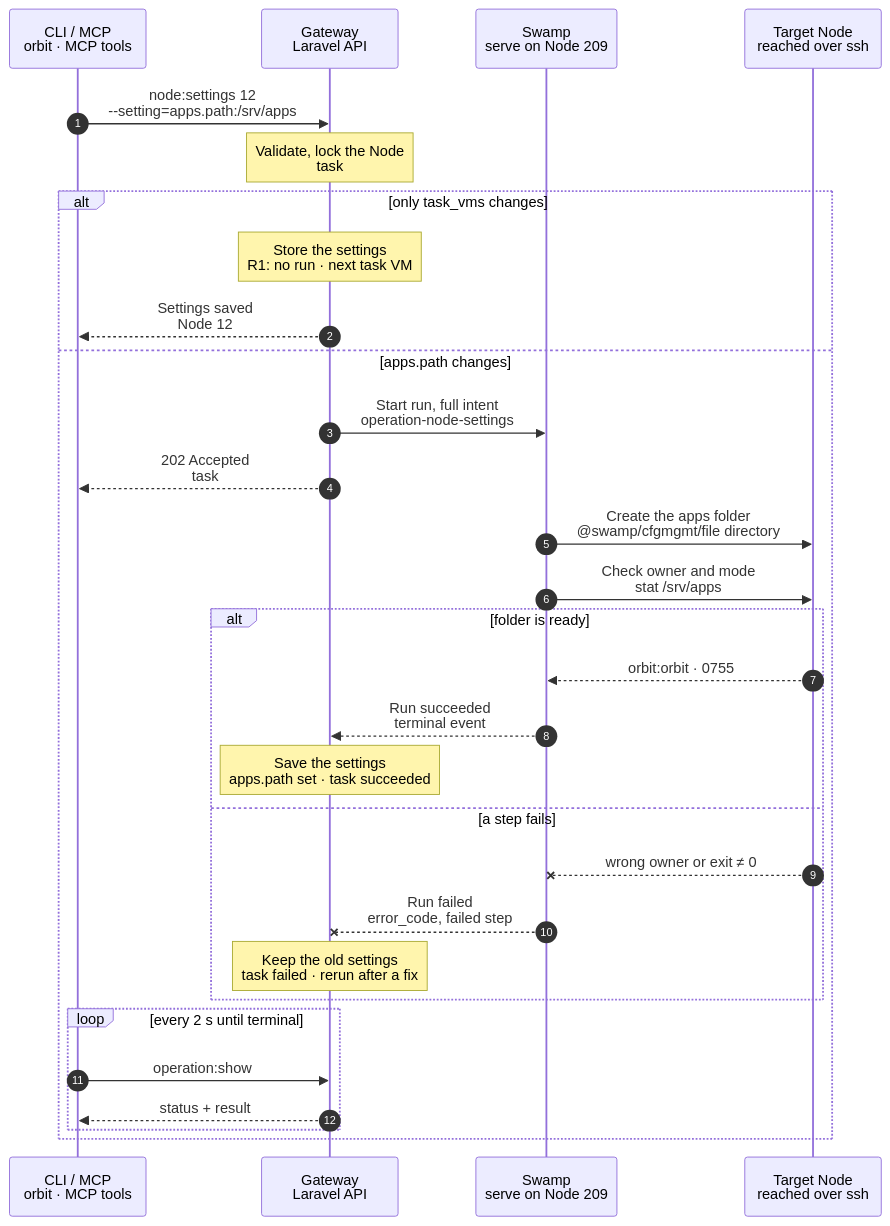
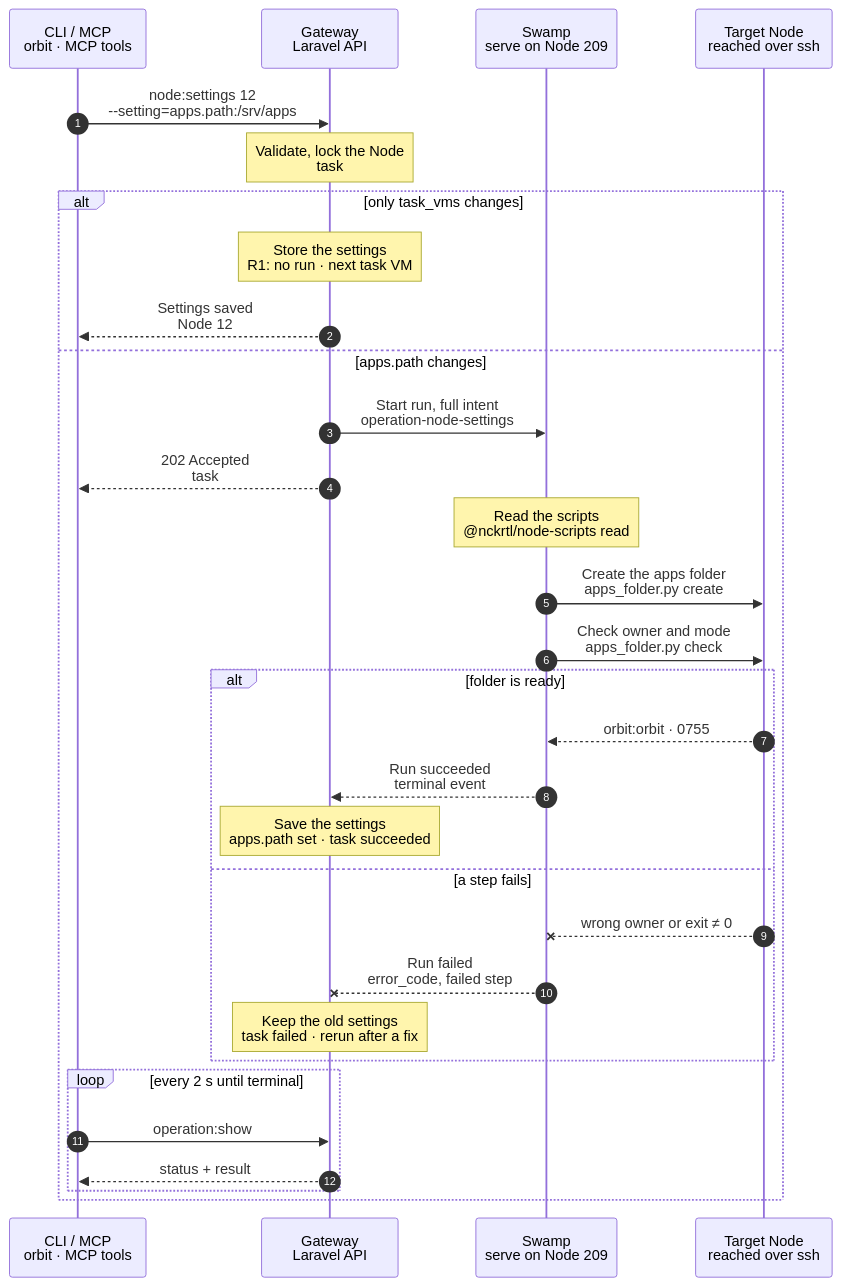
Before and after one commit to hardimpactdev/orbit: the diagram in docs/flows/node.settings.mmd, drawn with Mermaid. The commit also changed 22 other files, not shown here.

First line of the commit message:
feat(nodes): node.settings creates the apps folder with a shipped script over official SSH

```diff
--- a/docs/flows/node.settings.mmd
+++ b/docs/flows/node.settings.mmd
@@ -1,122 +1,130 @@
 sequenceDiagram
   %% Target design: ADR 0244 task, DECISIONS R1 (task_vms is record-only), R2, R4 (apps.path is Node work). docs/reference/node-settings.md.
   %% status: draft
   %% command: node:settings
   autonumber
   %% lane CLI icon=terminal pill=caller tone=gray
   %% lane GW icon=gateway pill=intent tone=blue
   %% lane SW icon=workflow pill=executes tone=green
   %% lane N icon=server pill=target tone=amber
   participant CLI as CLI / MCP<br/>orbit · MCP tools
   participant GW as Gateway<br/>Laravel API
   participant SW as Swamp<br/>serve on Node 209
   participant N as Target Node<br/>reached over ssh
   CLI->>GW: node:settings 12<br/>--setting=apps.path:/srv/apps
   %%> Command:
   %%> - `orbit node:settings 12 --setting=apps.path:/srv/apps`
   %%> - syntax: `<node> --setting=KEY:VALUE [--setting=…] [--idempotency-key=KEY] [--json]`
   %%> Input:
   %%> - the Node, by id or exact name
   %%> - one or more settings: `apps.path`, or `task_vms` as a JSON object
   %%> - an empty value unsets it: `--setting=apps.path:` sends a null path, `--setting=task_vms:null` removes the task VM host settings
   %%> Who can call it:
   %%> - the `orbit` CLI and the MCP tool send the same request
   Note over GW: Validate, lock the Node<br/>task #5131 · Node 12
   %%> Requirements:
   %%> - your Node has an access grant to Node 12
   %%> - Node 12 is an active, managed Linux Node
   %%> - no other settings change runs for Node 12; the Gateway holds one lock per Node
   %%> Checks for `apps.path`:
   %%> - absolute and normalized: not `/`, no trailing or repeated `/`, no `.` or `..` part
-  %%> - not the managed user's home or an ancestor of it, and not inside a hidden folder of that home
+  %%> - the managed home checks run on Node 12 in the create step, where the home is known
   %%> - not overlapping `/boot`, `/dev`, `/etc`, `/proc`, `/run`, `/sys`, `/usr`, `/opt/orbit`, `/var/lib/orbit`, `/var/www`, or the Gateway checkout and release layout
   %%> - not equal to, or inside, an existing Instance checkout on Node 12
   %%> Checks for `task_vms`:
   %%> - typed fields only, such as `cidr`, `max_vms`, `pool`, `image_alias`
   %%> - the bridge `cidr` overlaps no other task VM host
   %%> Decides:
   %%> - whether the change touches Node 12, or only the record
   alt only task_vms changes
     Note over GW: Store the settings<br/>R1: no run · next task VM
     %%> When:
     %%> - the request changes only `task_vms`
     %%> - or it unsets `apps.path` on a Node without an active `app-dev` role, so no folder is needed
     %%> Why no run:
     %%> - nothing on Node 12 changes now; the values apply when the next task VM is created on Node 12
     %%> - task VMs that already run keep their settings
     %%> Result:
     %%> - Node 12's task VM host settings are saved
     %%> - task #5131 succeeds at once; no Swamp run starts (R1)
     GW-->>CLI: Settings saved<br/>Node 12
     %%> What you get:
     %%> - the Node with its new settings, at once; there is nothing to follow
   else apps.path changes
     GW->>SW: Start run, full intent<br/>operation-node-settings
     %%> When:
     %%> - the request changes `apps.path`, alone or together with `task_vms`
     %%> - unsetting it on a Node with an active `app-dev` role prepares the default folder, `<managed-user-home>/apps`
     %%> What it does:
     %%> - starts one Swamp run on serve (Node 209)
     %%> Inputs:
     %%> - the new apps folder, and the managed user and group that must own it
     %%> - Node 12's address and SSH host keys; the SSH identity comes from the `swamp` role
     %%> Not stored yet:
     %%> - the settings stay unchanged until the run succeeds (R2)
     GW-->>CLI: 202 Accepted<br/>task #5131
     %%> What you get:
     %%> - the task number, at once
     %%> Next:
     %%> - the CLI follows the task with `operation:show`
-    SW->>N: Create the apps folder<br/>@swamp/cfgmgmt/file directory
+    Note over SW: Read the scripts<br/>@nckrtl/node-scripts read
     %%> What it does:
+    %%> - reads the shipped `apps_folder.py` script and the public intent on 209
+    %%> Why:
+    %%> - one tracked, linted script does both Node steps; the next steps pass it to Node 12
+    SW->>N: Create the apps folder<br/>apps_folder.py create
+    %%> What it does:
+    %%> - with no apps path, uses the managed user's home plus `/apps`
+    %%> - refuses the managed home, an ancestor of it, a hidden folder inside it, or a symlink on the way; then nothing is written
     %%> - creates each missing folder of `/srv/apps`, owned by the managed user and group, mode `0755`
     %%> - leaves an existing folder as it is; it never changes the owner or mode of an existing folder
     %%> How:
-    %%> - Swamp reaches Node 12 over SSH from 209, with the official `@swamp/cfgmgmt/file` behavior
+    %%> - Swamp reaches Node 12 over SSH from 209 with the official `@swamp/ssh` behavior and sudo
+    %%> - a shipped script, not `@swamp/cfgmgmt/directory`: that behavior would change an existing folder's owner and mode
     %%> Not included:
     %%> - existing Instances don't move; their checkouts stay where they are
     %%> - new development Instances use `/srv/apps/<project>/<instance>`
-    SW->>N: Check owner and mode<br/>stat /srv/apps
+    SW->>N: Check owner and mode<br/>apps_folder.py check
     %%> What it does:
     %%> - reads the folder back: a real folder, not a symlink
     %%> - owned by the managed user and group, with read, write and execute for the owner
     %%> - no write access for group or others
     %%> Why:
     %%> - an existing folder with the wrong owner is refused, not repaired
     alt folder is ready
       N-->>SW: orbit:orbit · 0755
       %%> Returns:
       %%> - the check passed
       SW-->>GW: Run succeeded<br/>terminal event
       %%> How the Gateway learns it:
       %%> - its shared run reader sees the terminal event; Swamp never calls the Gateway
       Note over GW: Save the settings<br/>apps.path set · task succeeded
       %%> Result:
       %%> - Node 12's `apps.path` is `/srv/apps`; any `task_vms` change in the same request is saved with it
       %%> - task #5131 succeeds
     else a step fails
       N--xSW: wrong owner or exit ≠ 0
       %%> When:
       %%> - the folder can't be created, is a symlink, has another owner, or is writable by others
       SW--xGW: Run failed<br/>error_code, failed step
       %%> The Gateway reads:
       %%> - which step failed and its error code
       Note over GW: Keep the old settings<br/>task failed · rerun after a fix
       %%> Result:
       %%> - Node 12's settings stay unchanged
       %%> - task #5131 fails
       %%> On the Node:
       %%> - folders created before the failure stay; there is no rollback
       %%> - that is safe: an empty folder is harmless, and a rerun leaves it as it is
       %%> Retry:
       %%> - run the same command again after fixing the cause; it is a new task
     end
     loop every 2 s until terminal
       CLI->>GW: operation:show #5131
       %%> What it does:
       %%> - asks for the task's status every 2 seconds until it has ended
       GW-->>CLI: status + result
       %%> Returns:
       %%> - the current status, and the result once the task has ended
     end
   end
```
